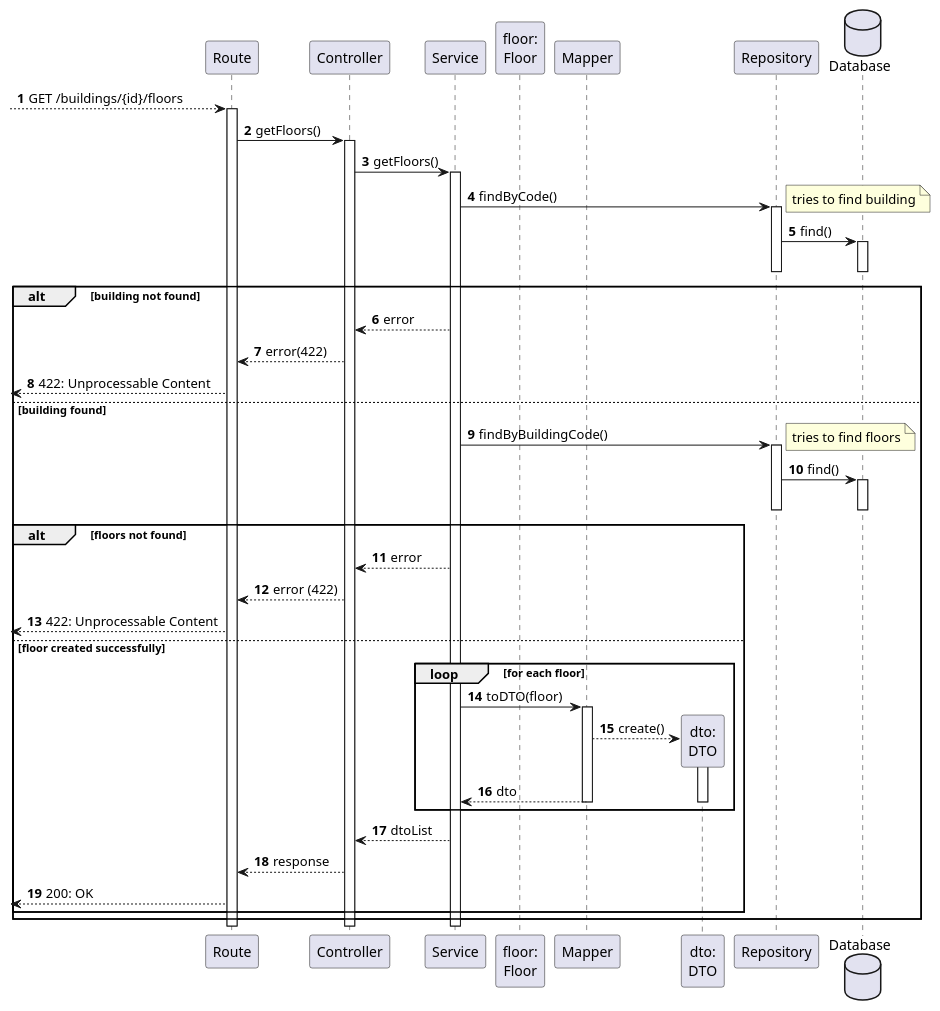
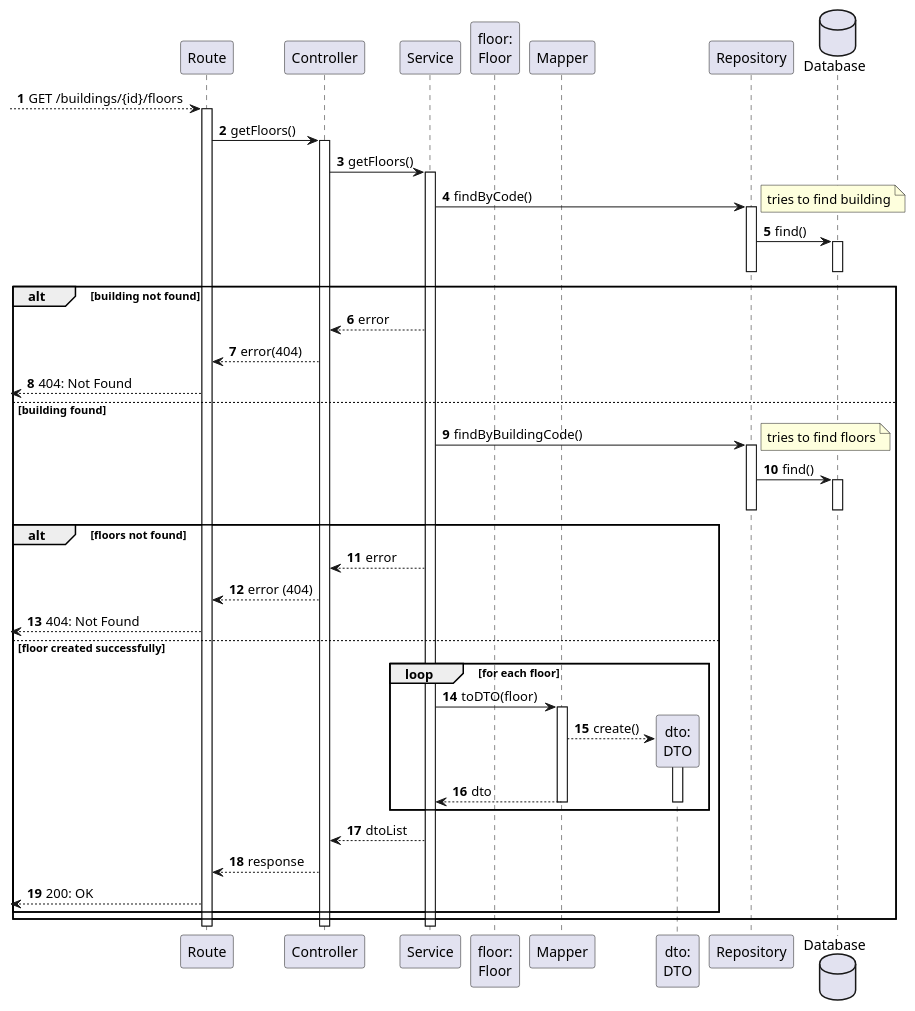
One commit to Departamento-de-Engenharia-Informatica/lapr5-23-24-g19 changed the diagram in docs/us210/level3/process-view.puml. Above: the diagram before and after it, drawn with PlantUML. The commit also changed 3 other files, not shown here.

```diff
--- a/docs/us210/level3/process-view.puml
+++ b/docs/us210/level3/process-view.puml
@@ -1,68 +1,68 @@
 @startuml
 autonumber
 
 participant "Route" as r
 participant "Controller" as ctrl
 participant "Service" as svc
 
 participant "floor:\nFloor" as floor
 participant "Mapper" as map
 participant "dto:\nDTO" as dto
 
 participant "Repository" as repo
 database "Database" as db
 
 [--> r: GET /buildings/{id}/floors
 activate r
     r -> ctrl : getFloors()
     activate ctrl
         ctrl -> svc : getFloors()
         activate svc
             svc -> repo : findByCode()
             note right : tries to find building
             activate repo
                 repo -> db : find()
                 activate db
                 deactivate db
             deactivate repo
 
             alt building not found
                 svc --> ctrl : error
-                ctrl --> r : error(422)
-                [<-- r : 422: Unprocessable Content
+                ctrl --> r : error(404)
+                [<-- r : 404: Not Found
             else building found
                 svc -> repo : findByBuildingCode()
                 note right : tries to find floors
                 activate repo
                     repo -> db : find()
                     activate db
                     deactivate db
                 deactivate repo
 
                 alt floors not found
                     svc --> ctrl : error
-                    ctrl --> r : error (422)
-                    [<-- r : 422: Unprocessable Content
+                    ctrl --> r : error (404)
+                    [<-- r : 404: Not Found
                 else floor created successfully
 
                 loop for each floor
                     svc -> map : toDTO(floor)
 
                     activate map
                         map --> dto** : create()
                         activate dto
                             map --> svc : dto
                         deactivate dto
                     deactivate map
                 end loop
 
                     svc --> ctrl : dtoList
                     ctrl --> r : response
                     [<-- r : 200: OK
                 end
             end
         deactivate svc
     deactivate ctrl
 deactivate r
 
 @enduml
```
